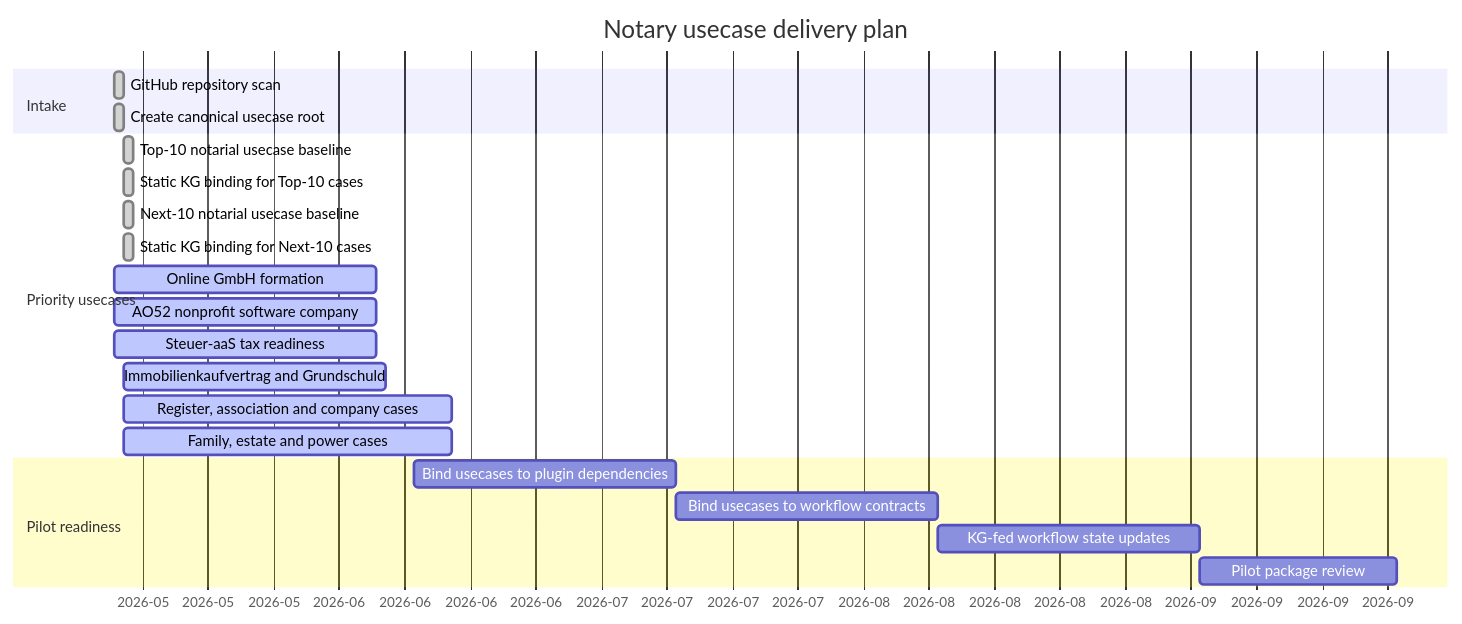
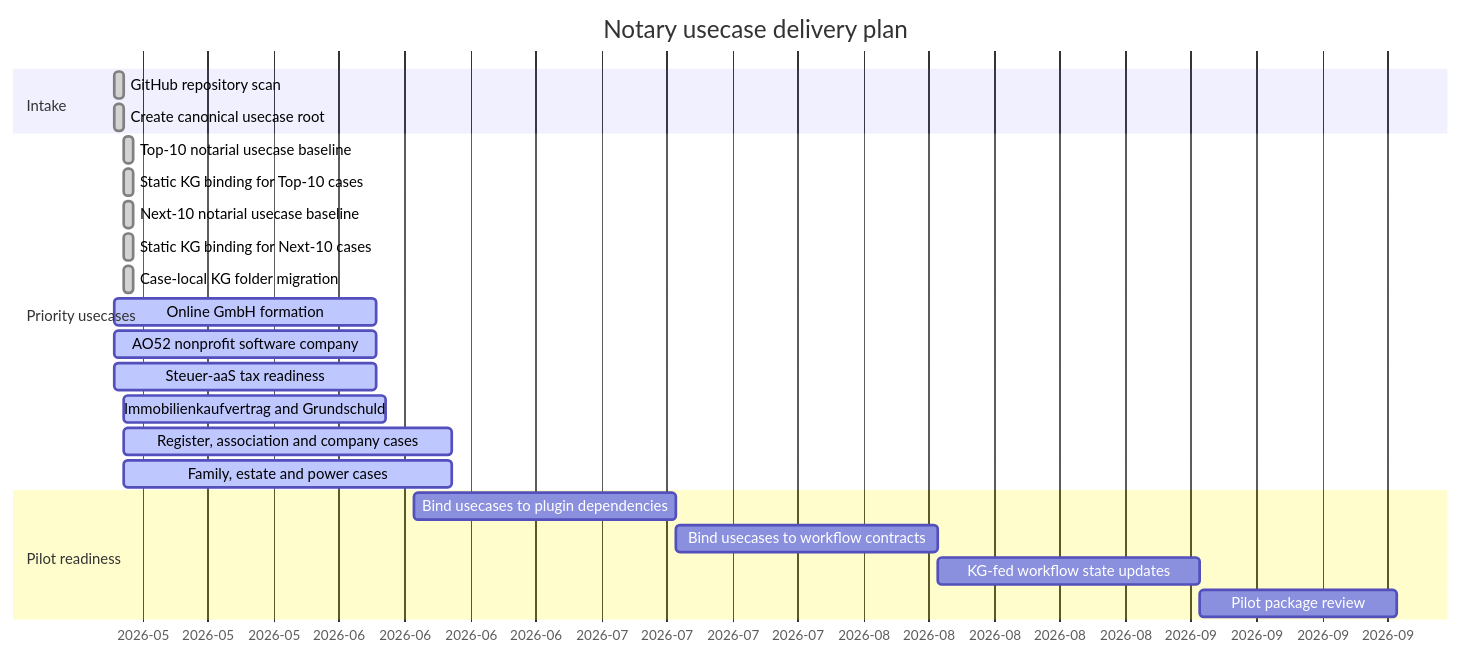
Before and after one commit to notariat8/NaC: the diagram in usecases/GANTT.md, drawn with Mermaid. The commit also changed other lines of this file and 94 other files, not shown here.

Commit message:
Move knowledge graphs into usecases

````diff
--- a/usecases/GANTT.md
+++ b/usecases/GANTT.md
@@ -5,28 +5,29 @@
 ```mermaid
 gantt
     title Notary usecase delivery plan
     dateFormat  YYYY-MM-DD
     axisFormat  %Y-%m
 
     section Intake
     GitHub repository scan                      :done,   u1, 2026-05-14, 1d
     Create canonical usecase root              :done,   u2, 2026-05-14, 1d
 
     section Priority usecases
     Top-10 notarial usecase baseline           :done,   u3, 2026-05-15, 1d
     Static KG binding for Top-10 cases         :done,   u4, 2026-05-15, 1d
     Next-10 notarial usecase baseline          :done,   u5, 2026-05-15, 1d
     Static KG binding for Next-10 cases        :done,   u6, 2026-05-15, 1d
+    Case-local KG folder migration             :done,   u6a, 2026-05-15, 1d
     Online GmbH formation                      :active, u7, 2026-05-14, 28d
     AO52 nonprofit software company            :active, u8, 2026-05-14, 28d
     Steuer-aaS tax readiness                   :active, u9, 2026-05-14, 28d
     Immobilienkaufvertrag and Grundschuld      :active, u10, 2026-05-15, 28d
     Register, association and company cases    :active, u11, 2026-05-15, 35d
     Family, estate and power cases             :active, u12, 2026-05-15, 35d
 
     section Pilot readiness
     Bind usecases to plugin dependencies        :        u13, 2026-06-15, 28d
     Bind usecases to workflow contracts         :        u14, after u13, 28d
     KG-fed workflow state updates               :        u15, after u14, 28d
     Pilot package review                        :        u16, after u15, 21d
 ```
````
